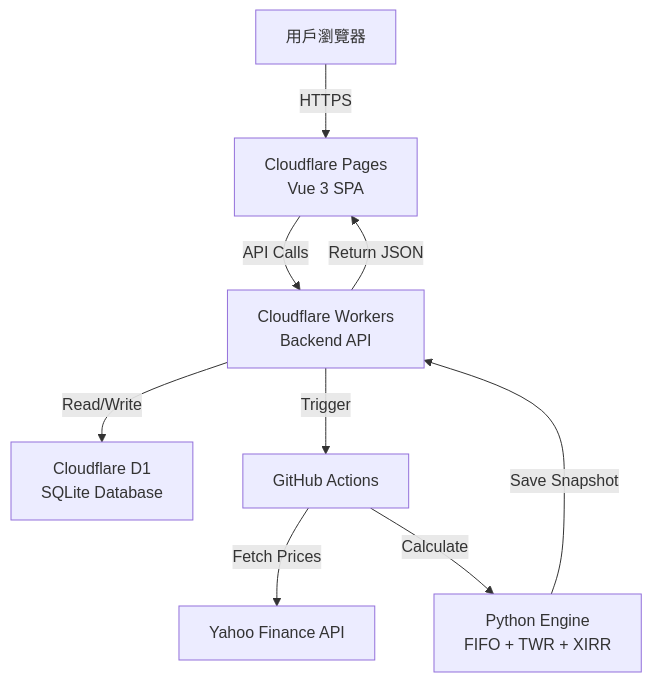
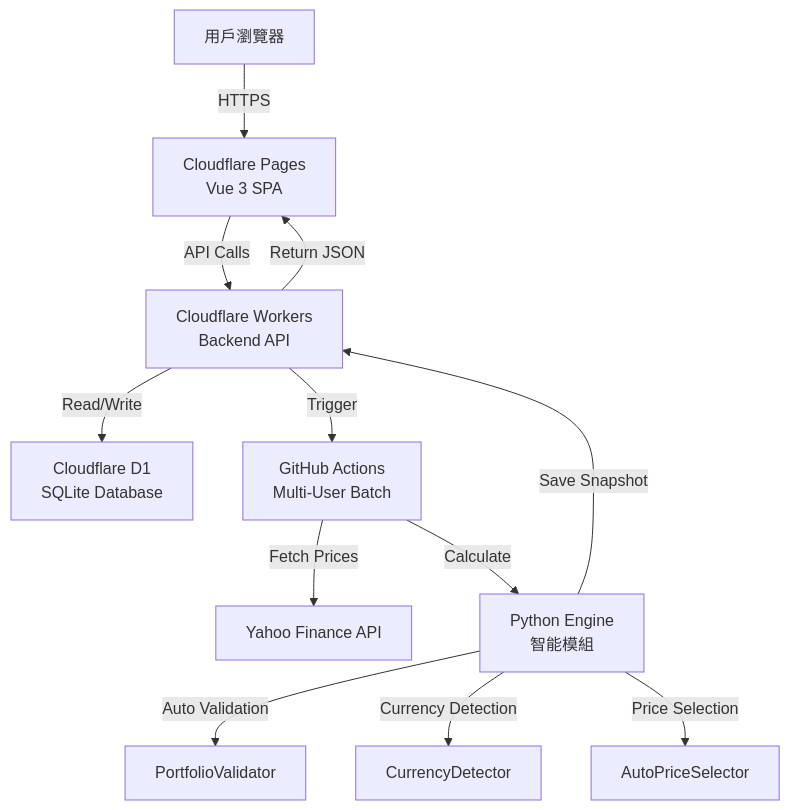
One commit to chihung1024/sheet-trading-journal changed the diagram in README.md. Above: the diagram before and after it, drawn with Mermaid. The commit also changed other lines of this file, not shown here.

````diff
--- a/README.md
+++ b/README.md
@@ -152,11 +162,14 @@
 ```mermaid
 graph TB
     A[用戶瀏覽器] -->|HTTPS| B[Cloudflare Pages<br/>Vue 3 SPA]
     B -->|API Calls| C[Cloudflare Workers<br/>Backend API]
     C -->|Read/Write| D[Cloudflare D1<br/>SQLite Database]
-    C -->|Trigger| E[GitHub Actions]
+    C -->|Trigger| E[GitHub Actions<br/>Multi-User Batch]
     E -->|Fetch Prices| F[Yahoo Finance API]
-    E -->|Calculate| G[Python Engine<br/>FIFO + TWR + XIRR]
+    E -->|Calculate| G[Python Engine<br/>智能模組]
+    G -->|Auto Validation| H[PortfolioValidator]
+    G -->|Currency Detection| I[CurrencyDetector]
+    G -->|Price Selection| J[AutoPriceSelector]
     G -->|Save Snapshot| C
     C -->|Return JSON| B
 ```
````
